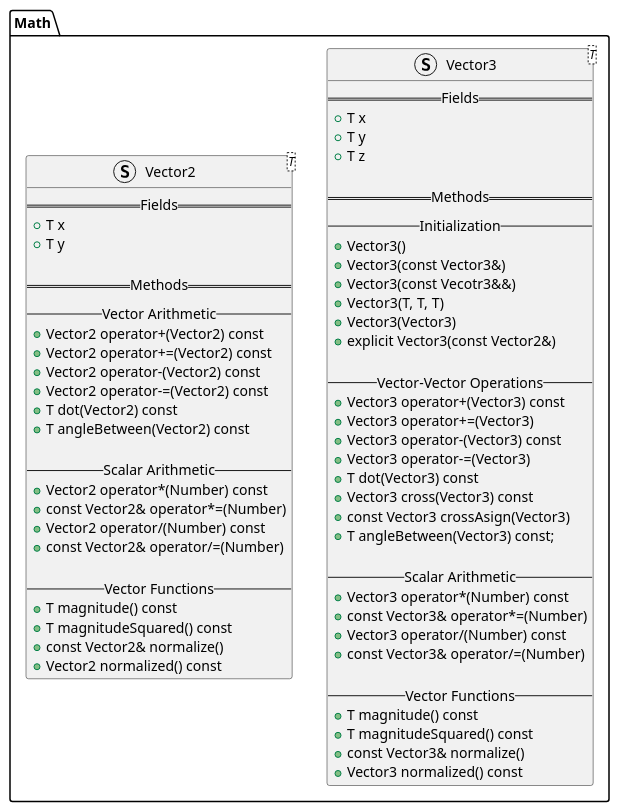
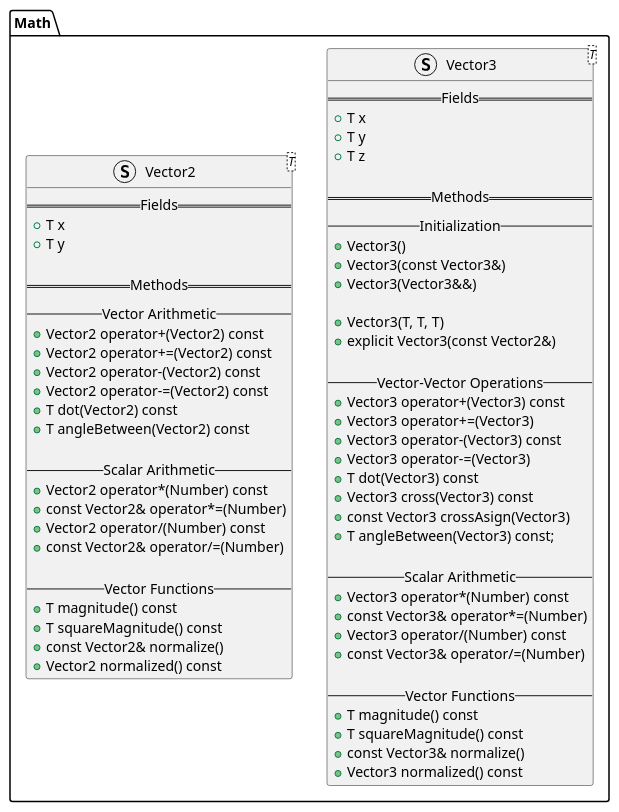
The diagram in diagrams/math/classes.puml (Antonioescp/rupe), drawn with PlantUML before and after one commit. The commit also changed 6 other files, not shown here.

```diff
--- a/diagrams/math/classes.puml
+++ b/diagrams/math/classes.puml
@@ -1,70 +1,70 @@
 @startuml "math classes"
 
 set namespaceSeparator ::
 
 struct Math::Vector3<T> {
     ==Fields==
     +T x
     +T y
     +T z
 
     == Methods ==
     --Initialization--
     +Vector3()
     +Vector3(const Vector3&)
-    +Vector3(const Vecotr3&&)
+    +Vector3(Vector3&&)
+    
     +Vector3(T, T, T)
-    +Vector3(Vector3)
     +explicit Vector3(const Vector2&)
 
     --Vector-Vector Operations--
     +Vector3 operator+(Vector3) const
     +Vector3 operator+=(Vector3)
     +Vector3 operator-(Vector3) const
     +Vector3 operator-=(Vector3)
     +T dot(Vector3) const
     +Vector3 cross(Vector3) const
     +const Vector3 crossAsign(Vector3)
     +T angleBetween(Vector3) const;
 
     --Scalar Arithmetic--
     +Vector3 operator*(Number) const
     +const Vector3& operator*=(Number)
     +Vector3 operator/(Number) const
     +const Vector3& operator/=(Number)
 
     --Vector Functions--
     +T magnitude() const
-    +T magnitudeSquared() const
+    +T squareMagnitude() const
     +const Vector3& normalize()
     +Vector3 normalized() const
 }
 
 struct Math::Vector2<T> {
     ==Fields==
     +T x
     +T y
 
     == Methods ==
     --Vector Arithmetic--
     +Vector2 operator+(Vector2) const
     +Vector2 operator+=(Vector2) const
     +Vector2 operator-(Vector2) const
     +Vector2 operator-=(Vector2) const
     +T dot(Vector2) const
     +T angleBetween(Vector2) const
 
     --Scalar Arithmetic--
     +Vector2 operator*(Number) const
     +const Vector2& operator*=(Number)
     +Vector2 operator/(Number) const
     +const Vector2& operator/=(Number)
 
     --Vector Functions--
     +T magnitude() const
-    +T magnitudeSquared() const
+    +T squareMagnitude() const
     +const Vector2& normalize()
     +Vector2 normalized() const
 }
 
 @enduml
```
